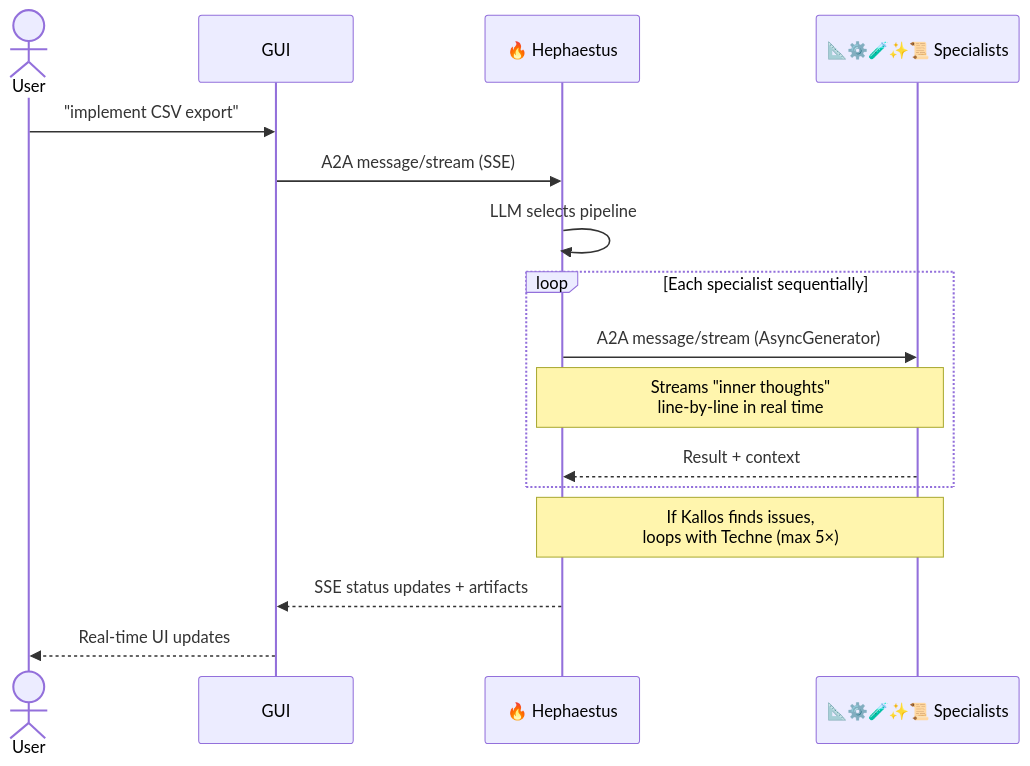
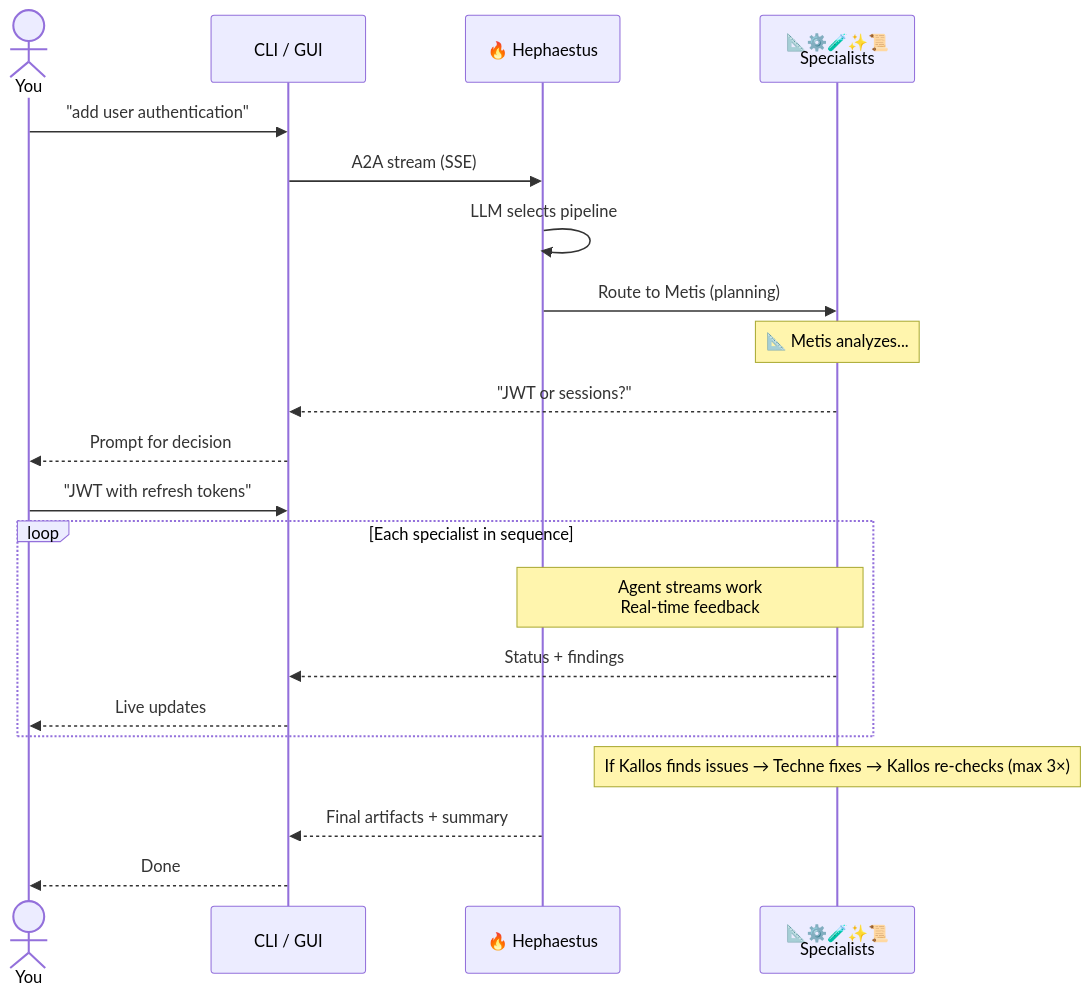
One commit to ajbarea/kourai-khryseai changed the diagram in docs/overview.md. Above: the diagram before and after it, drawn with Mermaid. The commit also changed other lines of this file and 10 other files, not shown here.

````diff
--- a/docs/overview.md
+++ b/docs/overview.md
@@ -64,19 +45,27 @@
 ```mermaid
 sequenceDiagram
-    actor User
-    participant GUI
+    actor You
+    participant UI as CLI / GUI
     participant Hephaestus as 🔥 Hephaestus
-    participant Specialists as 📐⚙️🧪✨📜 Specialists
+    participant Specialists as 📐⚙️🧪✨📜<br/>Specialists
 
-    User->>GUI: "implement CSV export"
-    GUI->>Hephaestus: A2A message/stream (SSE)
+    You->>UI: "add user authentication"
+    UI->>Hephaestus: A2A stream (SSE)
     Hephaestus->>Hephaestus: LLM selects pipeline
-    loop Each specialist sequentially
-        Hephaestus->>Specialists: A2A message/stream (AsyncGenerator)
-        Note over Specialists,Hephaestus: Streams "inner thoughts"<br/>line-by-line in real time
-        Specialists-->>Hephaestus: Result + context
+
+    Hephaestus->>Specialists: Route to Metis (planning)
+    Note over Specialists: 📐 Metis analyzes...
+    Specialists-->>UI: "JWT or sessions?"
+    UI-->>You: Prompt for decision
+    You->>UI: "JWT with refresh tokens"
+
+    loop Each specialist in sequence
+        Note over Specialists,Hephaestus: Agent streams work<br/>Real-time feedback
+        Specialists-->>UI: Status + findings
+        UI-->>You: Live updates
     end
-    Note over Hephaestus,Specialists: If Kallos finds issues,<br/>loops with Techne (max 5×)
-    Hephaestus-->>GUI: SSE status updates + artifacts
-    GUI-->>User: Real-time UI updates
+
+    Note over Specialists: If Kallos finds issues → Techne fixes → Kallos re-checks (max 3×)
+    Hephaestus-->>UI: Final artifacts + summary
+    UI-->>You: Done
 ```
````
